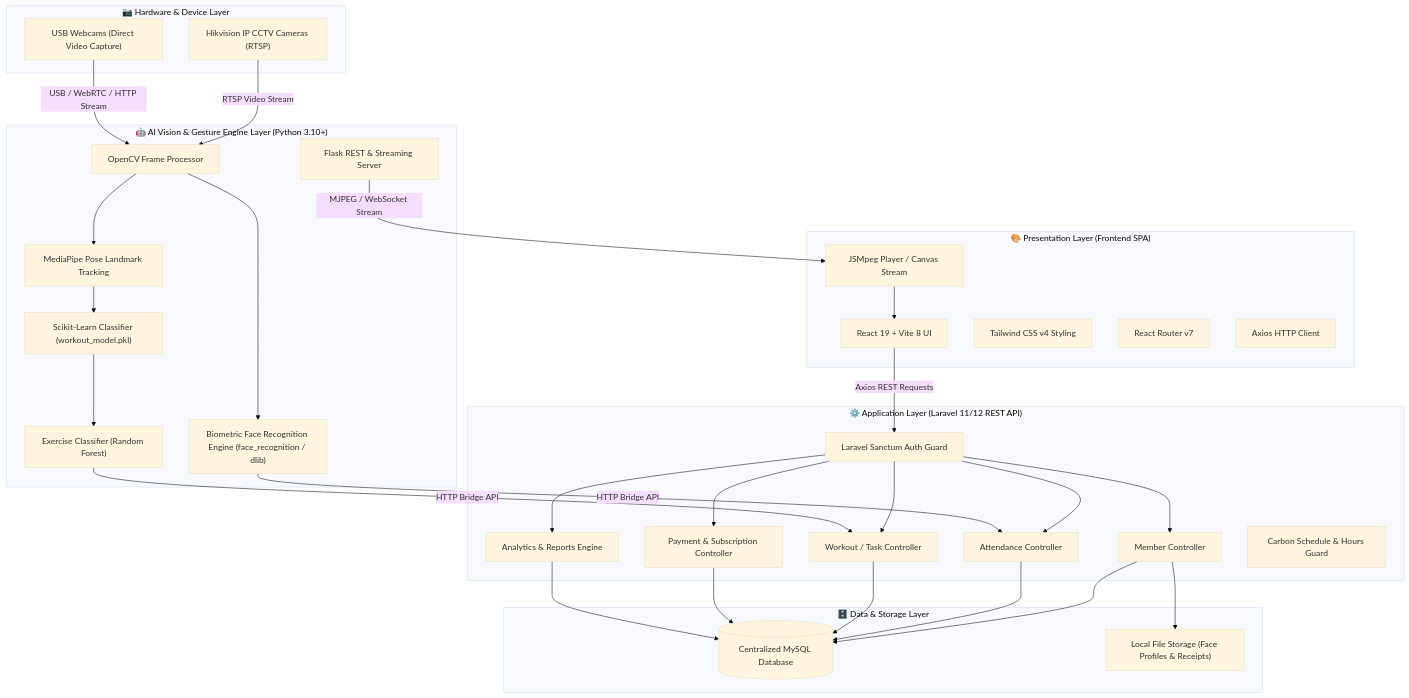
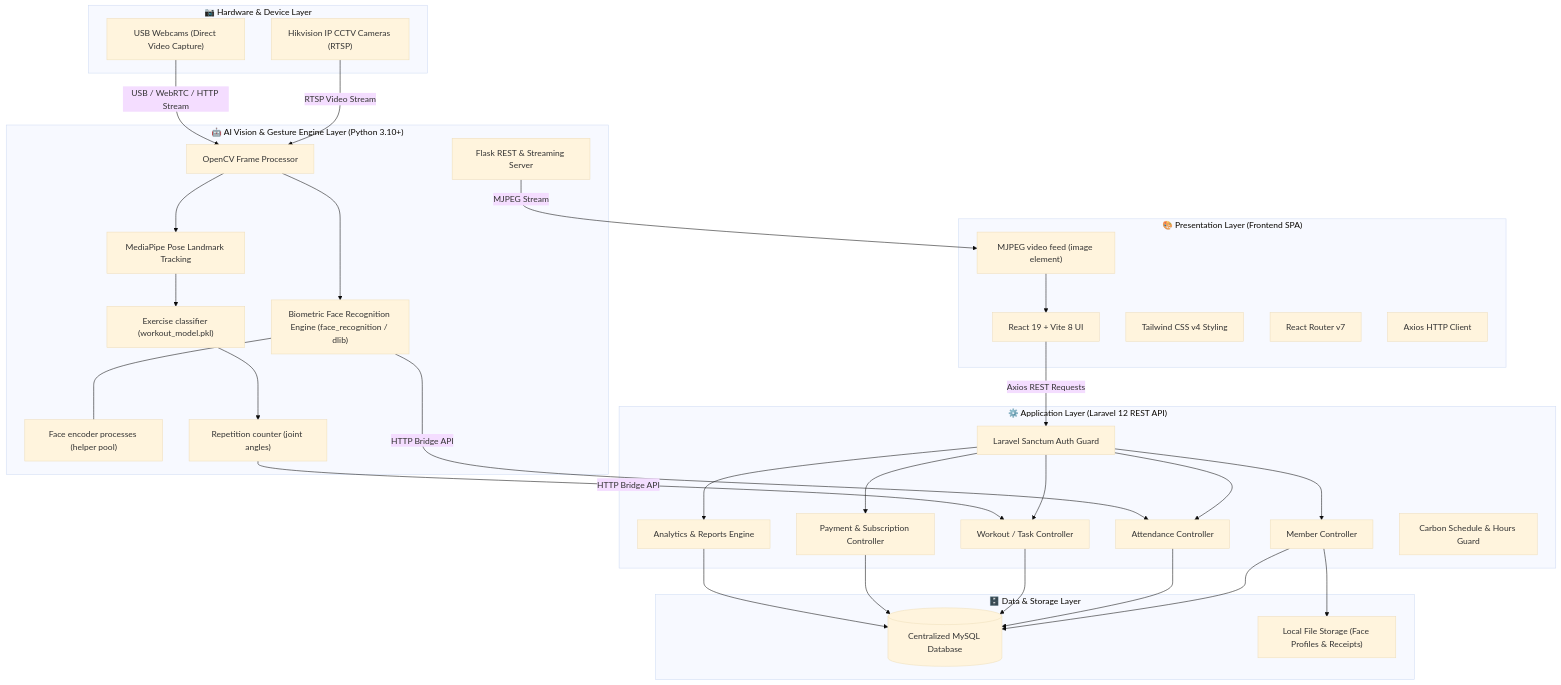
Before and after one commit to Plonteras191/GYM2-CAPSTONE: the first of 6 diagrams in DOCUMENTATION/Product Requirements Documents/Architecture/Architecture.md, drawn with Mermaid (base theme). The commit also changed other lines of this file and 3 other files, not shown here.

First line of the commit message:
docs(prd): update architecture, database, system diagrams and user technical documentation to v2.0

````diff
--- a/DOCUMENTATION/Product Requirements Documents/Architecture/Architecture.md
+++ b/DOCUMENTATION/Product Requirements Documents/Architecture/Architecture.md
@@ -24,58 +25,60 @@
 ```mermaid
 flowchart TB
     subgraph Hardware_Layer ["📷 Hardware & Device Layer"]
         CCTV["Hikvision IP CCTV Cameras (RTSP)"]
         WEBCAM["USB Webcams (Direct Video Capture)"]
     end
 
     subgraph Presentation_Layer ["🎨 Presentation Layer (Frontend SPA)"]
         UI["React 19 + Vite 8 UI"]
         TW["Tailwind CSS v4 Styling"]
         ROUTER["React Router v7"]
-        STREAM_PLAYER["JSMpeg Player / Canvas Stream"]
+        STREAM_PLAYER["MJPEG video feed (image element)"]
         AXIOS["Axios HTTP Client"]
     end
 
     subgraph AI_Engine_Layer ["🤖 AI Vision & Gesture Engine Layer (Python 3.10+)"]
         FLASK["Flask REST & Streaming Server"]
+        POOL["Face encoder processes (helper pool)"]
         OPENCV["OpenCV Frame Processor"]
         FACE_REC["Biometric Face Recognition Engine (face_recognition / dlib)"]
         MEDIAPIPE["MediaPipe Pose Landmark Tracking"]
-        ML_MODEL["Scikit-Learn Classifier (workout_model.pkl)"]
-        REP_COUNTER["Exercise Classifier (Random Forest)"]
+        ML_MODEL["Exercise classifier (workout_model.pkl)"]
+        REP_COUNTER["Repetition counter (joint angles)"]
     end
 
-    subgraph Application_Layer ["⚙️ Application Layer (Laravel 11/12 REST API)"]
+    subgraph Application_Layer ["⚙️ Application Layer (Laravel 12 REST API)"]
         SANCTUM["Laravel Sanctum Auth Guard"]
         CTRL_MEMBERS["Member Controller"]
         CTRL_ATTENDANCE["Attendance Controller"]
         CTRL_WORKOUTS["Workout / Task Controller"]
         CTRL_PAYMENTS["Payment & Subscription Controller"]
         CTRL_REPORTS["Analytics & Reports Engine"]
         CARBON["Carbon Schedule & Hours Guard"]
     end
 
     subgraph Data_Layer ["🗄️ Data & Storage Layer"]
         MYSQL[("Centralized MySQL Database")]
         STORAGE["Local File Storage (Face Profiles & Receipts)"]
     end
 
     %% Communications & Streams
     CCTV -->|RTSP Video Stream| OPENCV
     WEBCAM -->|USB / WebRTC / HTTP Stream| OPENCV
 
     UI -->|Axios REST Requests| SANCTUM
     SANCTUM --> CTRL_MEMBERS & CTRL_ATTENDANCE & CTRL_WORKOUTS & CTRL_PAYMENTS & CTRL_REPORTS
 
     OPENCV --> FACE_REC
+    FACE_REC --- POOL
     OPENCV --> MEDIAPIPE --> ML_MODEL --> REP_COUNTER
 
     FACE_REC -->|HTTP Bridge API| CTRL_ATTENDANCE
     REP_COUNTER -->|HTTP Bridge API| CTRL_WORKOUTS
 
-    FLASK -->|MJPEG / WebSocket Stream| STREAM_PLAYER
+    FLASK -->|MJPEG Stream| STREAM_PLAYER
     STREAM_PLAYER --> UI
 
     CTRL_MEMBERS & CTRL_ATTENDANCE & CTRL_WORKOUTS & CTRL_PAYMENTS & CTRL_REPORTS --> MYSQL
     CTRL_MEMBERS --> STORAGE
 ```
````
